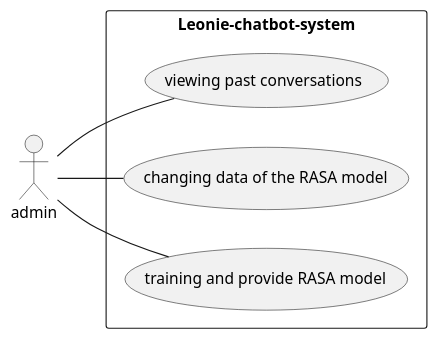
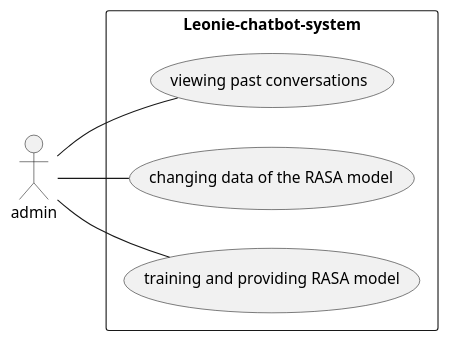
One commit to 2223-4bhitm-itp/2223-4bhitm-itp-2223-4bhitm-leonie changed the diagram in asciidocs/plantuml/admin-ucd.puml. Above: the diagram before and after it, drawn with PlantUML. The commit also changed 2 other files, not shown here.

```diff
--- a/asciidocs/plantuml/admin-ucd.puml
+++ b/asciidocs/plantuml/admin-ucd.puml
@@ -1,12 +1,12 @@
 @startuml
 left to right direction
 actor "admin" as fc
 rectangle Leonie-chatbot-system {
   usecase "viewing past conversations" as UC1
   usecase "changing data of the RASA model" as UC2
-  usecase "training and provide RASA model" as UC3
+  usecase "training and providing RASA model" as UC3
 }
 fc -- UC1
 fc -- UC2
 fc -- UC3
 @enduml
```
